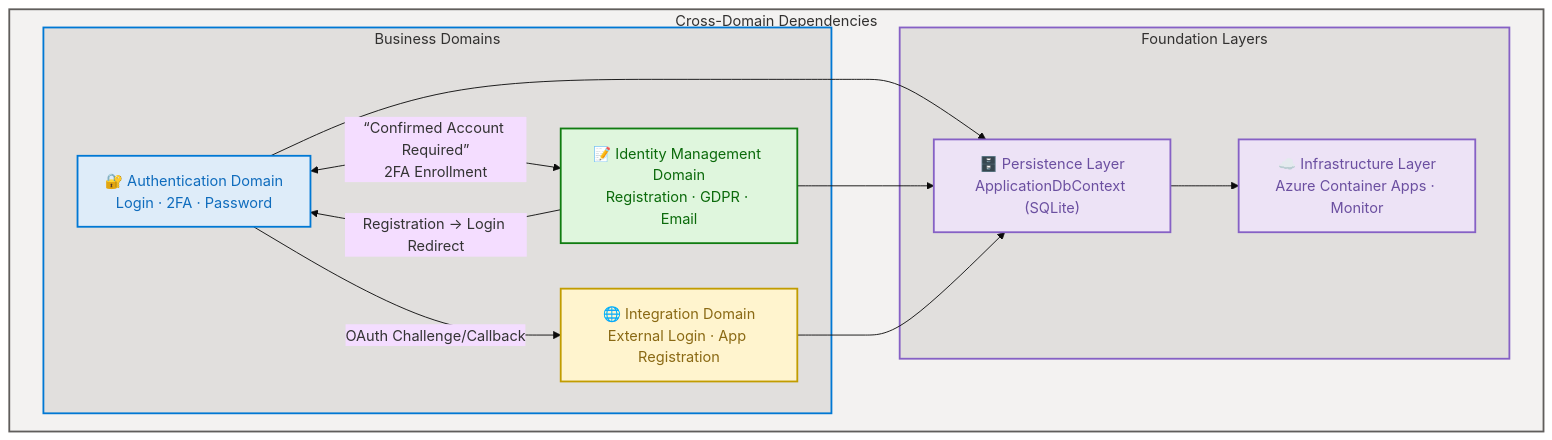
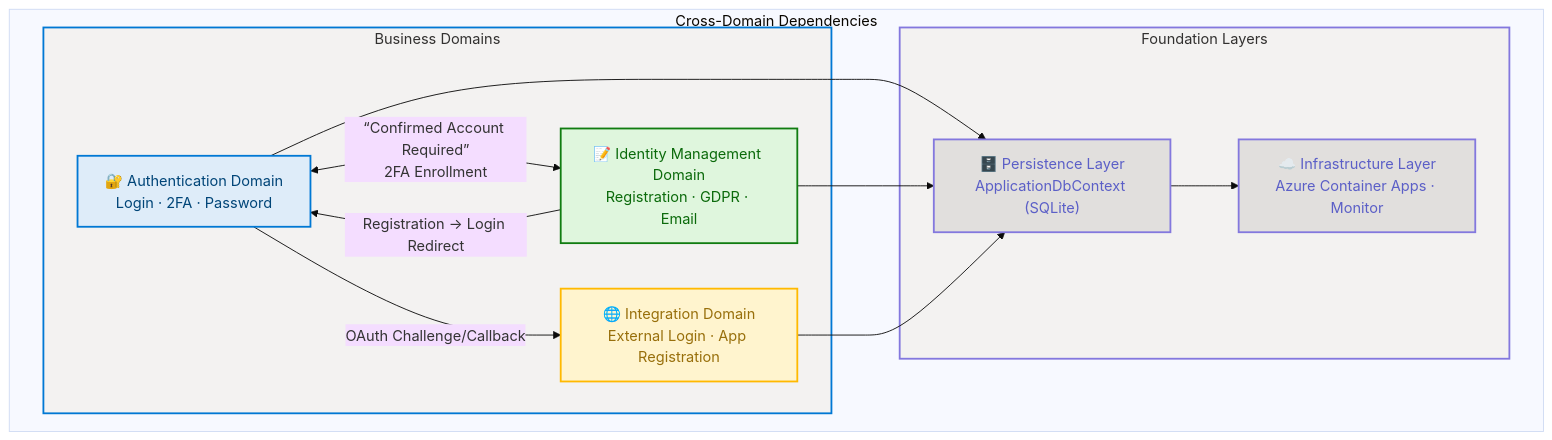
Before and after one commit to Evilazaro/IdentityProvider: diagram 11 of 11 in docs/architecture/business-architecture.md, drawn with Mermaid.

Commit message:
Refactor diagram styling in business architecture documentation to enhance semantic clarity and improve visual categorization of components

````diff
--- a/docs/architecture/business-architecture.md
+++ b/docs/architecture/business-architecture.md
@@ -1315,43 +1315,49 @@
 ```mermaid
 ---
 config:
   theme: base
   look: classic
   layout: dagre
   themeVariables:
     fontSize: '16px'
 ---
 flowchart TB
     accTitle: Cross-Domain Dependency Graph — Contoso IdentityProvider
     accDescr: Shows bidirectional dependencies between Authentication, Identity Management, Integration, Persistence, and Infrastructure domains
 
     subgraph main["Cross-Domain Dependencies"]
         subgraph businessDomains["Business Domains"]
             AUTH["🔐 Authentication Domain<br/>Login · 2FA · Password"]
             IDM["📝 Identity Management Domain<br/>Registration · GDPR · Email"]
             INT["🌐 Integration Domain<br/>External Login · App Registration"]
         end
 
         subgraph foundationLayers["Foundation Layers"]
             PERSIST["🗄️ Persistence Layer<br/>ApplicationDbContext (SQLite)"]
             INFRA["☁️ Infrastructure Layer<br/>Azure Container Apps · Monitor"]
         end
     end
 
     AUTH <-->|“Confirmed Account Required”<br/>2FA Enrollment| IDM
     AUTH -->|OAuth Challenge/Callback| INT
     IDM -->|Registration → Login Redirect| AUTH
     AUTH --> PERSIST
     IDM --> PERSIST
     INT --> PERSIST
     PERSIST --> INFRA
 
-    style main fill:#F3F2F1,stroke:#605E5C,stroke-width:2px,color:#323130
-    style businessDomains fill:#E1DFDD,stroke:#0078D4,stroke-width:2px,color:#323130
-    style foundationLayers fill:#E1DFDD,stroke:#8661C5,stroke-width:2px,color:#323130
-    style AUTH fill:#DEECF9,stroke:#0078D4,stroke-width:2px,color:#0F6CBD
-    style IDM fill:#DFF6DD,stroke:#107C10,stroke-width:2px,color:#0B6A0B
-    style INT fill:#FFF4CE,stroke:#C19C00,stroke-width:2px,color:#8A6914
-    style PERSIST fill:#EDE3F6,stroke:#8661C5,stroke-width:2px,color:#6B4FA0
-    style INFRA fill:#EDE3F6,stroke:#8661C5,stroke-width:2px,color:#6B4FA0
+    %% Semantic classDefs
+    classDef core fill:#DEECF9,stroke:#0078D4,stroke-width:2px,color:#004578
+    classDef success fill:#DFF6DD,stroke:#107C10,stroke-width:2px,color:#0B6A0B
+    classDef warning fill:#FFF4CE,stroke:#FFB900,stroke-width:2px,color:#986F0B
+    classDef data fill:#E1DFDD,stroke:#8378DE,stroke-width:2px,color:#5B5FC7
+
+    class AUTH core
+    class IDM success
+    class INT warning
+    class PERSIST,INFRA data
+
+    %% Subgraph styling fill:#F3F2F1,stroke:#605E5C,stroke-width:2px,color:#323130
+    style businessDomains fill:#F3F2F1,stroke:#0078D4,stroke-width:2px,color:#323130
+    style foundationLayers fill:#F3F2F1,stroke:#8378DE,stroke-width:2px,color:#323130
 ```
````
